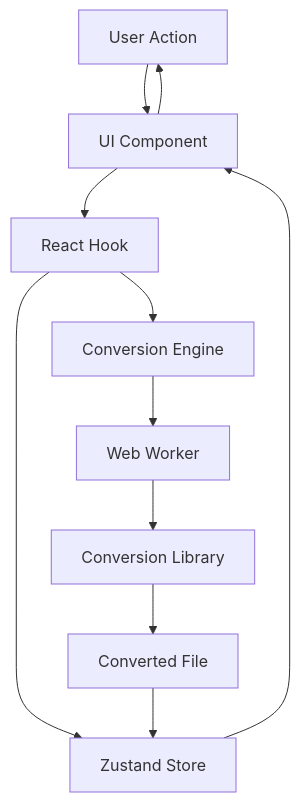
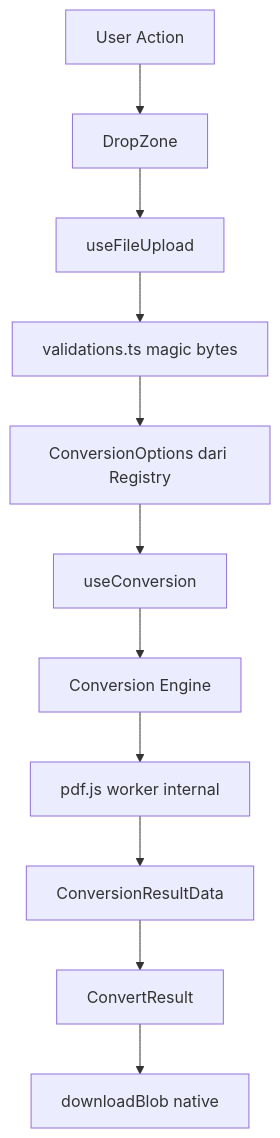
The second of 2 diagrams in docs/architecture/component-diagram.md (albiancdp/gantiin), drawn with Mermaid before and after one commit. The commit also changed other lines of this file and 79 other files, not shown here.

````diff
--- a/docs/architecture/component-diagram.md
+++ b/docs/architecture/component-diagram.md
@@ -173,13 +171,13 @@
 ```mermaid
 graph TD
-    User[User Action] --> Component[UI Component]
-    Component --> Hook[React Hook]
-    Hook --> Store[Zustand Store]
-    Hook --> Conversion[Conversion Engine]
-    Conversion --> Worker[Web Worker]
-    Worker --> Library[Conversion Library]
-    Library --> Result[Converted File]
-    Result --> Store
-    Store --> Component
-    Component --> User
+    User[User Action] --> DropZone
+    DropZone --> Upload[useFileUpload]
+    Upload --> Validasi[validations.ts magic bytes]
+    Validasi --> Options[ConversionOptions dari Registry]
+    Options --> Hook[useConversion]
+    Hook --> Engine[Conversion Engine]
+    Engine --> PDFLib[pdf.js worker internal]
+    PDFLib --> Result[ConversionResultData]
+    Result --> ConvertResult
+    ConvertResult --> Download[downloadBlob native]
 ```
````
